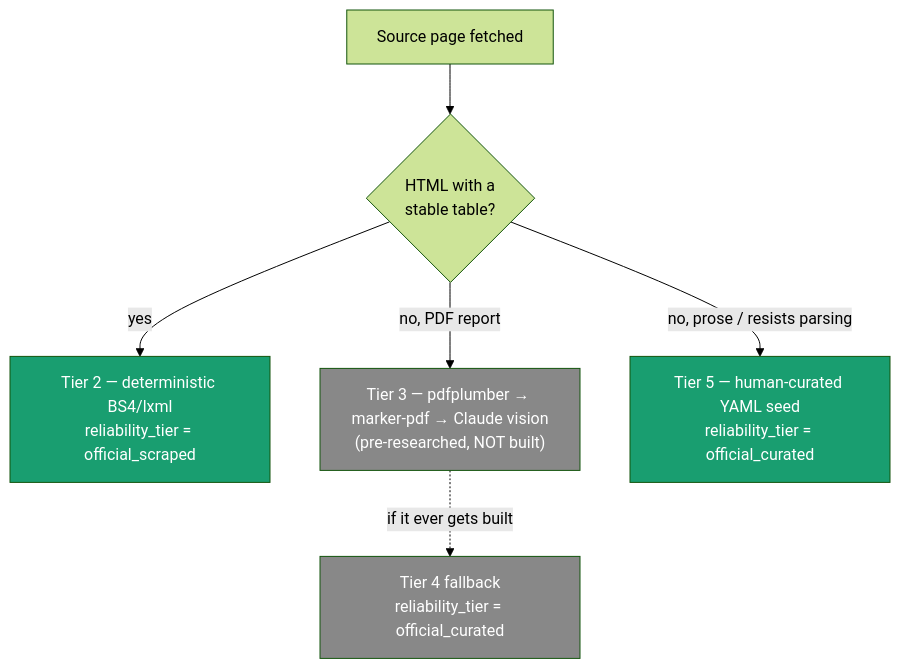
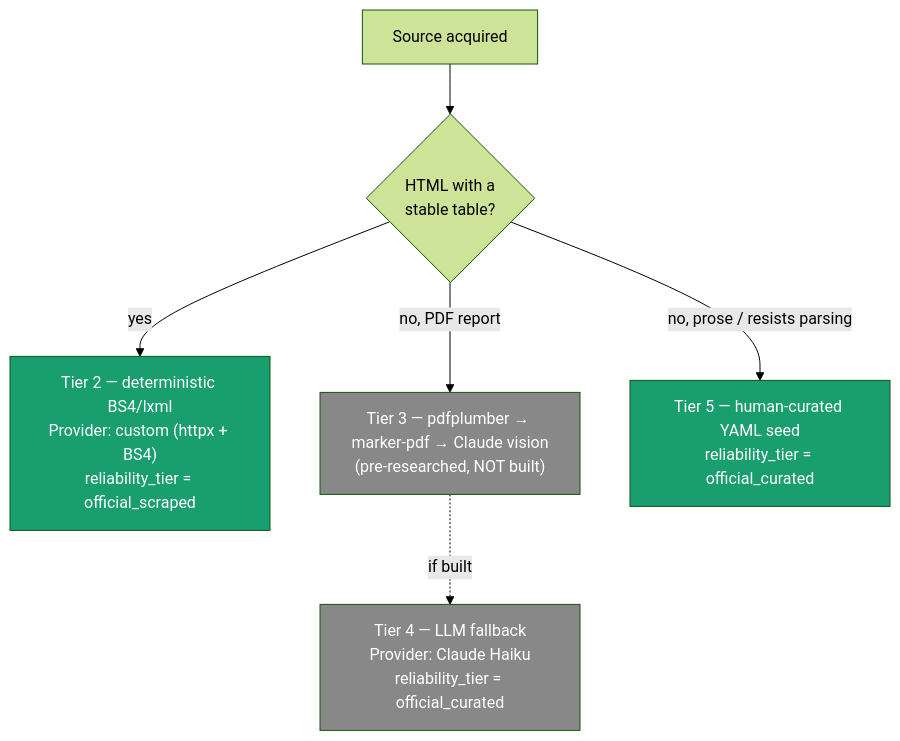
One commit to judasprabin/koshi changed the third of 6 diagrams in docs/superpowers/specs/2026-08-16-koshi-etl-architecture.md. Above: the diagram before and after it, drawn with Mermaid (forest theme). The commit also changed other lines of this file and 2 other files, not shown here.

First line of the commit message:
Add URL catalog, data model, and rebuilt architecture doc (feedback.md merge)

````diff
--- a/docs/superpowers/specs/2026-08-16-koshi-etl-architecture.md
+++ b/docs/superpowers/specs/2026-08-16-koshi-etl-architecture.md
@@ -250,13 +751,13 @@
 ```mermaid
 flowchart TD
-    A["Source page fetched"] --> B{"HTML with a<br/>stable table?"}
-    B -->|"yes"| C["Tier 2 — deterministic BS4/lxml<br/>reliability_tier = official_scraped"]
+    A["Source acquired"] --> B{"HTML with a<br/>stable table?"}
+    B -->|"yes"| C["Tier 2 — deterministic BS4/lxml<br/>Provider: custom (httpx + BS4)<br/>reliability_tier = official_scraped"]
     B -->|"no, PDF report"| D["Tier 3 — pdfplumber → marker-pdf → Claude vision<br/>(pre-researched, NOT built)"]
     B -->|"no, prose / resists parsing"| E["Tier 5 — human-curated YAML seed<br/>reliability_tier = official_curated"]
-    D -.->|"if it ever gets built"| F["Tier 4 fallback<br/>reliability_tier = official_curated"]
+    D -.->|"if built"| F["Tier 4 — LLM fallback<br/>Provider: Claude Haiku<br/>reliability_tier = official_curated"]
 
     style C fill:#199e70,color:#fff
     style E fill:#199e70,color:#fff
     style D fill:#888,color:#fff
     style F fill:#888,color:#fff
 ```
````
